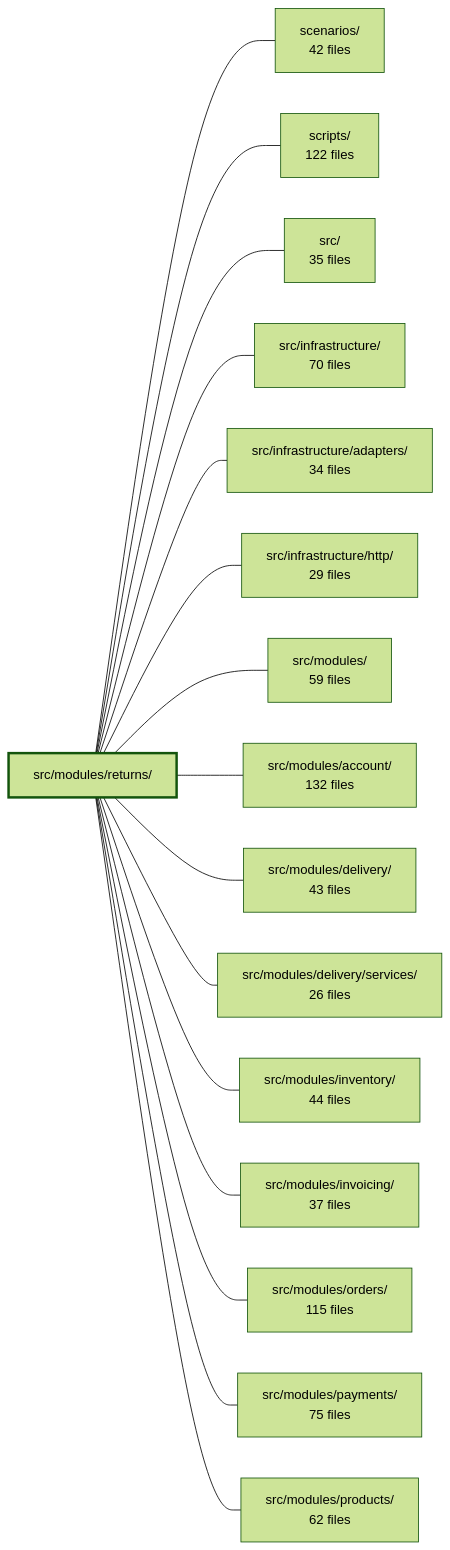
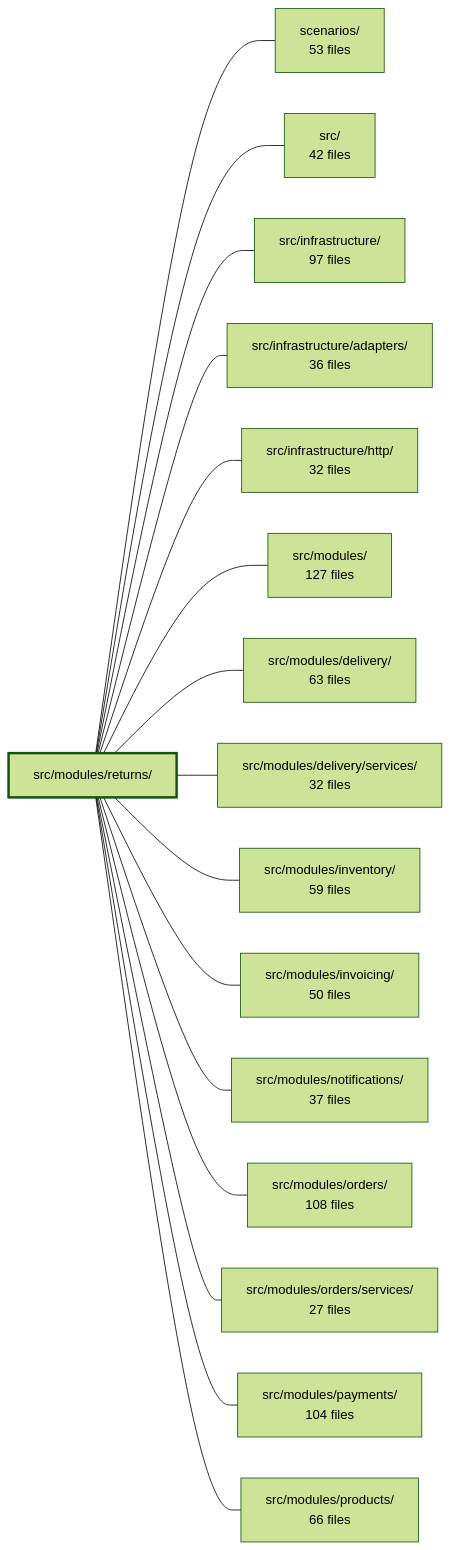
One commit to Guebbit/boilerplate-node-backend changed the diagram in .2brain/modules/boilerplate-node-backend_src_modules_returns.md. Above: the diagram before and after it, drawn with Mermaid (forest theme). The commit also changed other lines of this file and 1775 other files, not shown here.

````diff
--- a/.2brain/modules/boilerplate-node-backend_src_modules_returns.md
+++ b/.2brain/modules/boilerplate-node-backend_src_modules_returns.md
@@ -41,35 +43,35 @@
 ```mermaid
 flowchart LR
     m_src_modules_returns["src/modules/returns/"]
-    m_scenarios["scenarios/<br/>42 files"]
-    m_scripts["scripts/<br/>122 files"]
-    m_src["src/<br/>35 files"]
-    m_src_infrastructure["src/infrastructure/<br/>70 files"]
-    m_src_infrastructure_adapters["src/infrastructure/adapters/<br/>34 files"]
-    m_src_infrastructure_http["src/infrastructure/http/<br/>29 files"]
-    m_src_modules["src/modules/<br/>59 files"]
-    m_src_modules_account["src/modules/account/<br/>132 files"]
-    m_src_modules_delivery["src/modules/delivery/<br/>43 files"]
-    m_src_modules_delivery_services["src/modules/delivery/services/<br/>26 files"]
-    m_src_modules_inventory["src/modules/inventory/<br/>44 files"]
-    m_src_modules_invoicing["src/modules/invoicing/<br/>37 files"]
-    m_src_modules_orders["src/modules/orders/<br/>115 files"]
-    m_src_modules_payments["src/modules/payments/<br/>75 files"]
-    m_src_modules_products["src/modules/products/<br/>62 files"]
+    m_scenarios["scenarios/<br/>53 files"]
+    m_src["src/<br/>42 files"]
+    m_src_infrastructure["src/infrastructure/<br/>97 files"]
+    m_src_infrastructure_adapters["src/infrastructure/adapters/<br/>36 files"]
+    m_src_infrastructure_http["src/infrastructure/http/<br/>32 files"]
+    m_src_modules["src/modules/<br/>127 files"]
+    m_src_modules_delivery["src/modules/delivery/<br/>63 files"]
+    m_src_modules_delivery_services["src/modules/delivery/services/<br/>32 files"]
+    m_src_modules_inventory["src/modules/inventory/<br/>59 files"]
+    m_src_modules_invoicing["src/modules/invoicing/<br/>50 files"]
+    m_src_modules_notifications["src/modules/notifications/<br/>37 files"]
+    m_src_modules_orders["src/modules/orders/<br/>108 files"]
+    m_src_modules_orders_services["src/modules/orders/services/<br/>27 files"]
+    m_src_modules_payments["src/modules/payments/<br/>104 files"]
+    m_src_modules_products["src/modules/products/<br/>66 files"]
     m_src_modules_returns --- m_scenarios
-    m_src_modules_returns --- m_scripts
     m_src_modules_returns --- m_src
     m_src_modules_returns --- m_src_infrastructure
     m_src_modules_returns --- m_src_infrastructure_adapters
     m_src_modules_returns --- m_src_infrastructure_http
     m_src_modules_returns --- m_src_modules
-    m_src_modules_returns --- m_src_modules_account
     m_src_modules_returns --- m_src_modules_delivery
     m_src_modules_returns --- m_src_modules_delivery_services
     m_src_modules_returns --- m_src_modules_inventory
     m_src_modules_returns --- m_src_modules_invoicing
+    m_src_modules_returns --- m_src_modules_notifications
     m_src_modules_returns --- m_src_modules_orders
+    m_src_modules_returns --- m_src_modules_orders_services
     m_src_modules_returns --- m_src_modules_payments
     m_src_modules_returns --- m_src_modules_products
     style m_src_modules_returns stroke-width:3px
 ```
````
